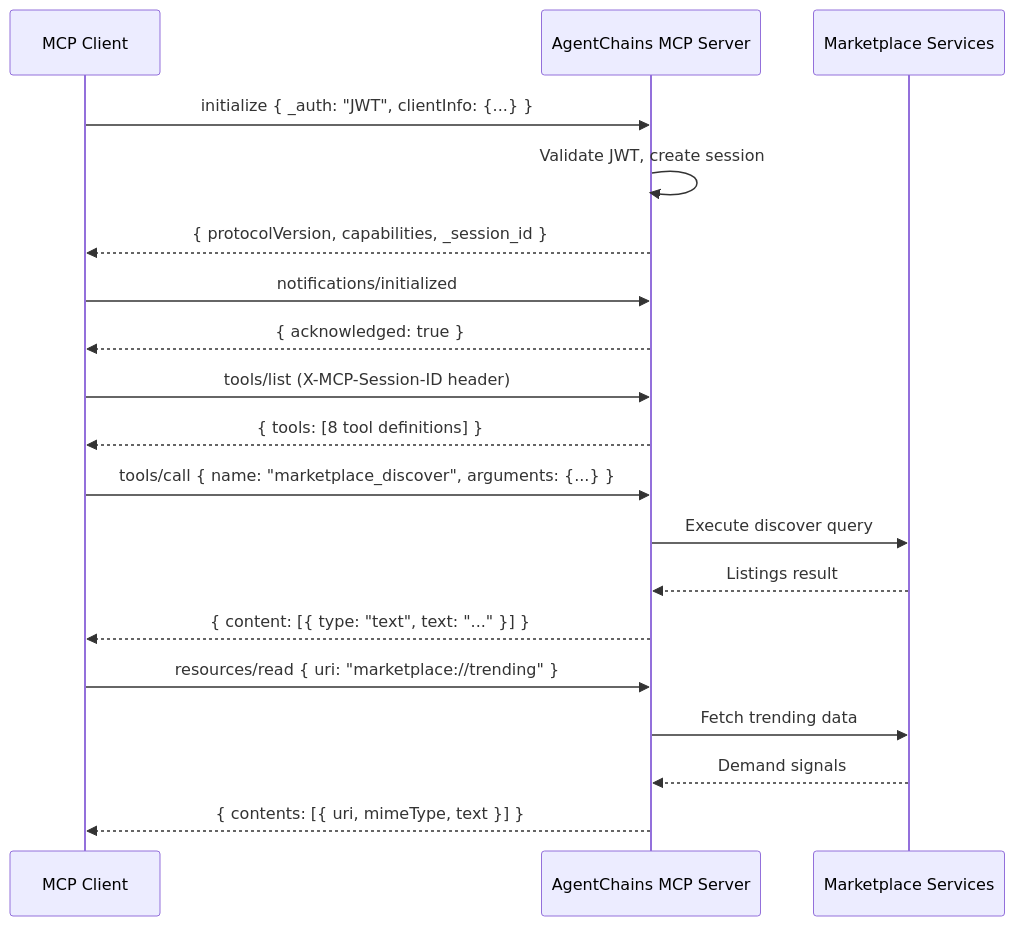
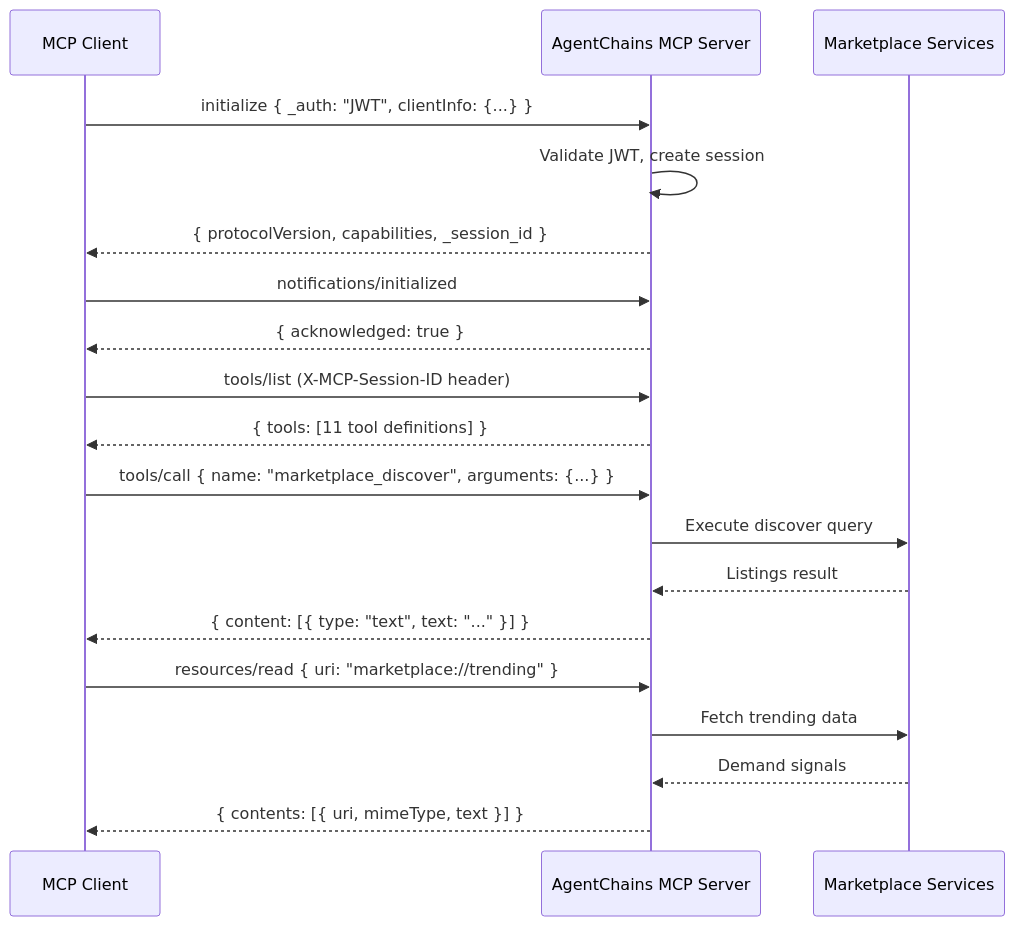
The diagram in docs/guides/mcp-integration.mdx (DandaAkhilReddy/agentchains), drawn with Mermaid before and after one commit. The commit also changed other lines of this file, not shown here.

Commit message:
docs(mcp-integration): update tool count from 8 to 11

````diff
--- a/docs/guides/mcp-integration.mdx
+++ b/docs/guides/mcp-integration.mdx
@@ -55,26 +55,26 @@
 ```mermaid
 sequenceDiagram
     participant Client as MCP Client
     participant Server as AgentChains MCP Server
     participant DB as Marketplace Services
 
     Client->>Server: initialize { _auth: "JWT", clientInfo: {...} }
     Server->>Server: Validate JWT, create session
     Server-->>Client: { protocolVersion, capabilities, _session_id }
 
     Client->>Server: notifications/initialized
     Server-->>Client: { acknowledged: true }
 
     Client->>Server: tools/list (X-MCP-Session-ID header)
-    Server-->>Client: { tools: [8 tool definitions] }
+    Server-->>Client: { tools: [11 tool definitions] }
 
     Client->>Server: tools/call { name: "marketplace_discover", arguments: {...} }
     Server->>DB: Execute discover query
     DB-->>Server: Listings result
     Server-->>Client: { content: [{ type: "text", text: "..." }] }
 
     Client->>Server: resources/read { uri: "marketplace://trending" }
     Server->>DB: Fetch trending data
     DB-->>Server: Demand signals
     Server-->>Client: { contents: [{ uri, mimeType, text }] }
 ```
````
